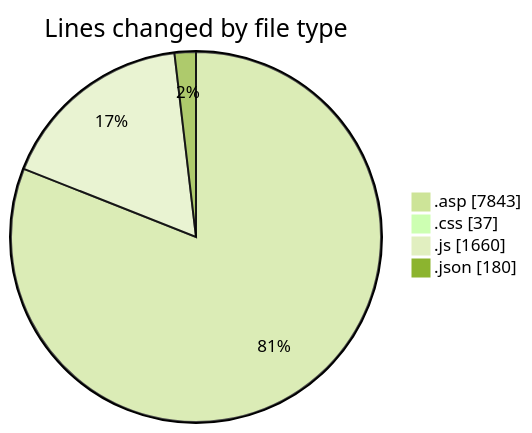
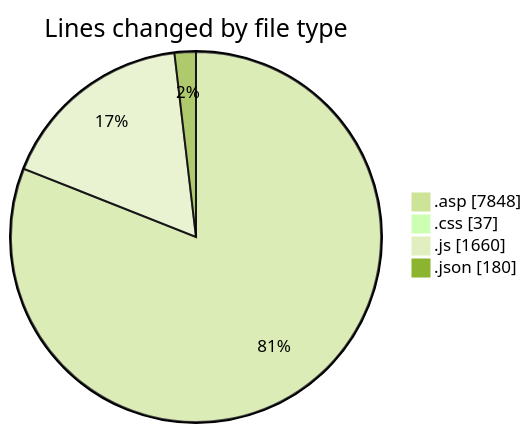
The first of 2 diagrams in 2025-11-02/cdp_aleoudev_fr__workspace_/README.md (julien-gomy/code-tracking), drawn with Mermaid (forest theme) before and after one commit. The commit also changed other lines of this file and 1 other file, not shown here.

````diff
--- a/2025-11-02/cdp_aleoudev_fr__workspace_/README.md
+++ b/2025-11-02/cdp_aleoudev_fr__workspace_/README.md
@@ -28,8 +28,8 @@
 ```mermaid
 pie showData
 title Lines changed by file type
-".asp" : 7843
+".asp" : 7848
 ".css" : 37
 ".js" : 1660
 ".json" : 180
 ```
````
